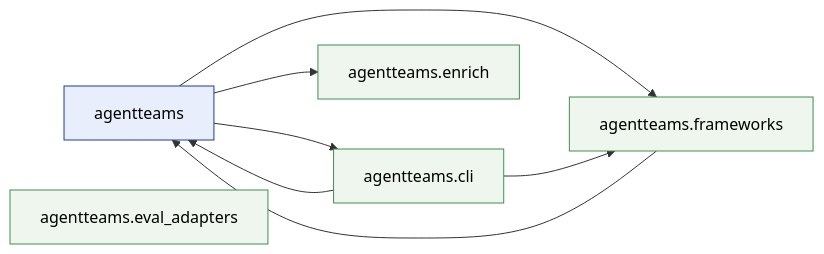
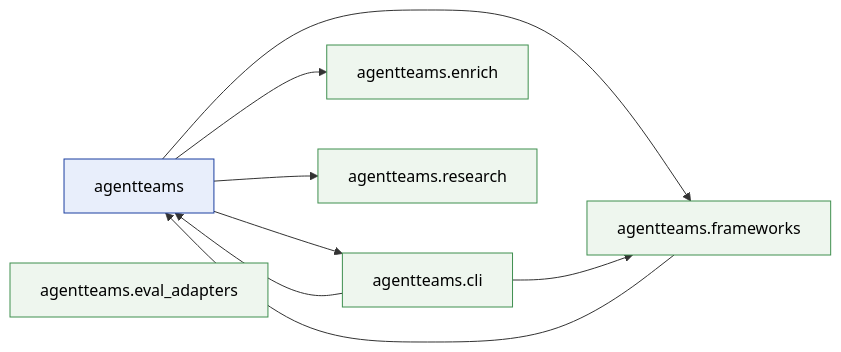
Before and after one commit to jlcatonjr/agentteams: the first of 2 diagrams in references/architecture-graph.md, drawn with Mermaid. The commit also changed other lines of this file and 21 other files, not shown here.

````diff
--- a/references/architecture-graph.md
+++ b/references/architecture-graph.md
@@ -153,21 +159,24 @@
 ```mermaid
 flowchart LR
     classDef root fill:#e8eefb,stroke:#1b3fa0,color:#000
     classDef sub  fill:#eef6ee,stroke:#3f8f4f,color:#000
     agentteams["agentteams"]
     class agentteams root
     agentteams_cli["agentteams.cli"]
     class agentteams_cli sub
     agentteams_enrich["agentteams.enrich"]
     class agentteams_enrich sub
     agentteams_eval_adapters["agentteams.eval_adapters"]
     class agentteams_eval_adapters sub
     agentteams_frameworks["agentteams.frameworks"]
     class agentteams_frameworks sub
+    agentteams_research["agentteams.research"]
+    class agentteams_research sub
     agentteams --> agentteams_cli
     agentteams --> agentteams_enrich
     agentteams --> agentteams_frameworks
+    agentteams --> agentteams_research
     agentteams_cli --> agentteams
     agentteams_cli --> agentteams_frameworks
     agentteams_frameworks --> agentteams
 ```
````
